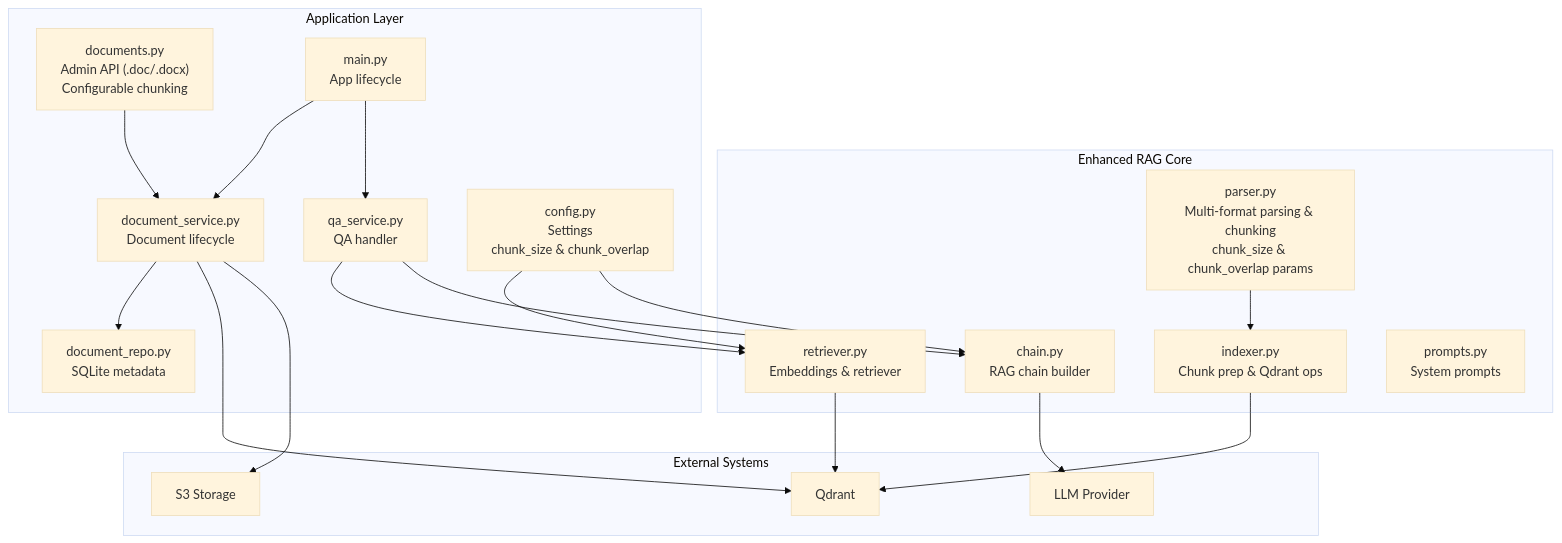
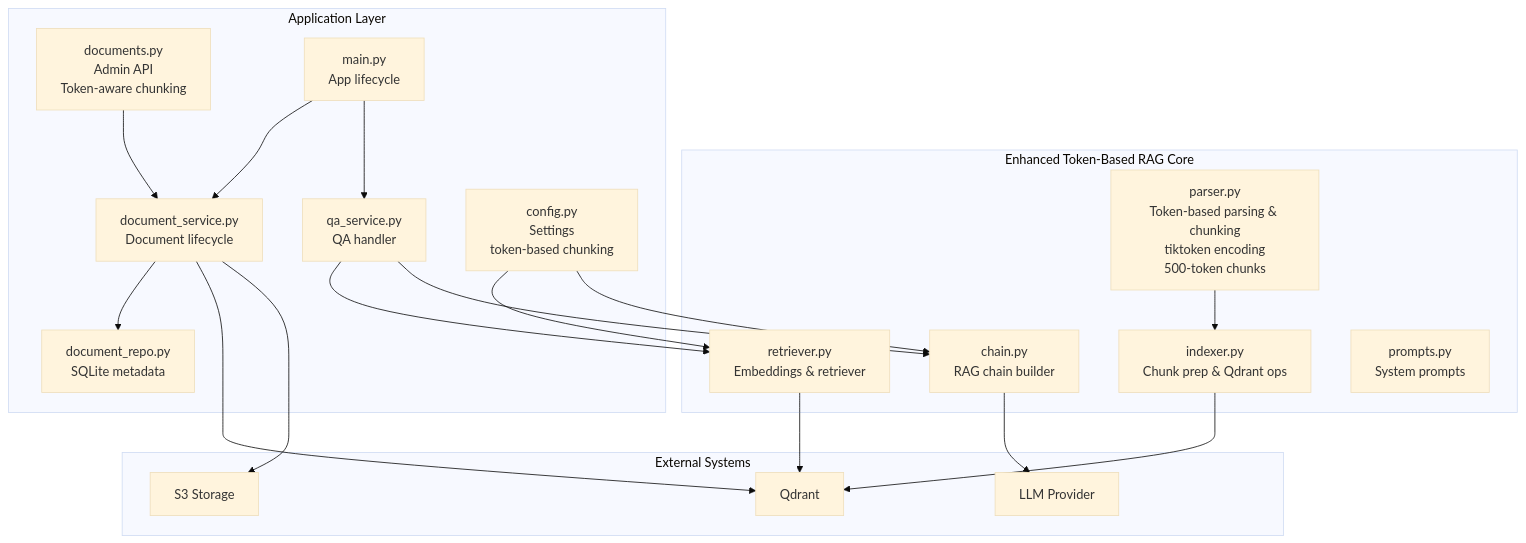
One commit to ognelis/cafetera_hr_bot changed the first of 13 diagrams in .qoder/repowiki/en/content/RAG Integration/RAG Parser Enhancement.md. Above: the diagram before and after it, drawn with Mermaid (base theme). The commit also changed other lines of this file and 8 other files, not shown here.

````diff
--- a/.qoder/repowiki/en/content/RAG Integration/RAG Parser Enhancement.md
+++ b/.qoder/repowiki/en/content/RAG Integration/RAG Parser Enhancement.md
@@ -59,37 +56,37 @@
 ```mermaid
 graph TB
-subgraph "Enhanced RAG Core"
-P["parser.py<br/>Multi-format parsing & chunking<br/>chunk_size & chunk_overlap params"]
+subgraph "Enhanced Token-Based RAG Core"
+P["parser.py<br/>Token-based parsing & chunking<br/>tiktoken encoding<br/>500-token chunks"]
 I["indexer.py<br/>Chunk prep & Qdrant ops"]
 R["retriever.py<br/>Embeddings & retriever"]
 C["chain.py<br/>RAG chain builder"]
 PR["prompts.py<br/>System prompts"]
 end
 subgraph "Application Layer"
 DS["document_service.py<br/>Document lifecycle"]
 DR["document_repo.py<br/>SQLite metadata"]
-API["documents.py<br/>Admin API (.doc/.docx)<br/>Configurable chunking"]
+API["documents.py<br/>Admin API<br/>Token-aware chunking"]
 QA["qa_service.py<br/>QA handler"]
-CFG["config.py<br/>Settings<br/>chunk_size & chunk_overlap"]
+CFG["config.py<br/>Settings<br/>token-based chunking"]
 MAIN["main.py<br/>App lifecycle"]
 end
 subgraph "External Systems"
 QD["Qdrant"]
 S3["S3 Storage"]
 LLM["LLM Provider"]
 end
 P --> I
 I --> QD
 R --> QD
 C --> LLM
 API --> DS
 DS --> DR
 DS --> QD
 DS --> S3
 QA --> R
 QA --> C
 MAIN --> DS
 MAIN --> QA
 CFG --> R
 CFG --> C
 ```
````
